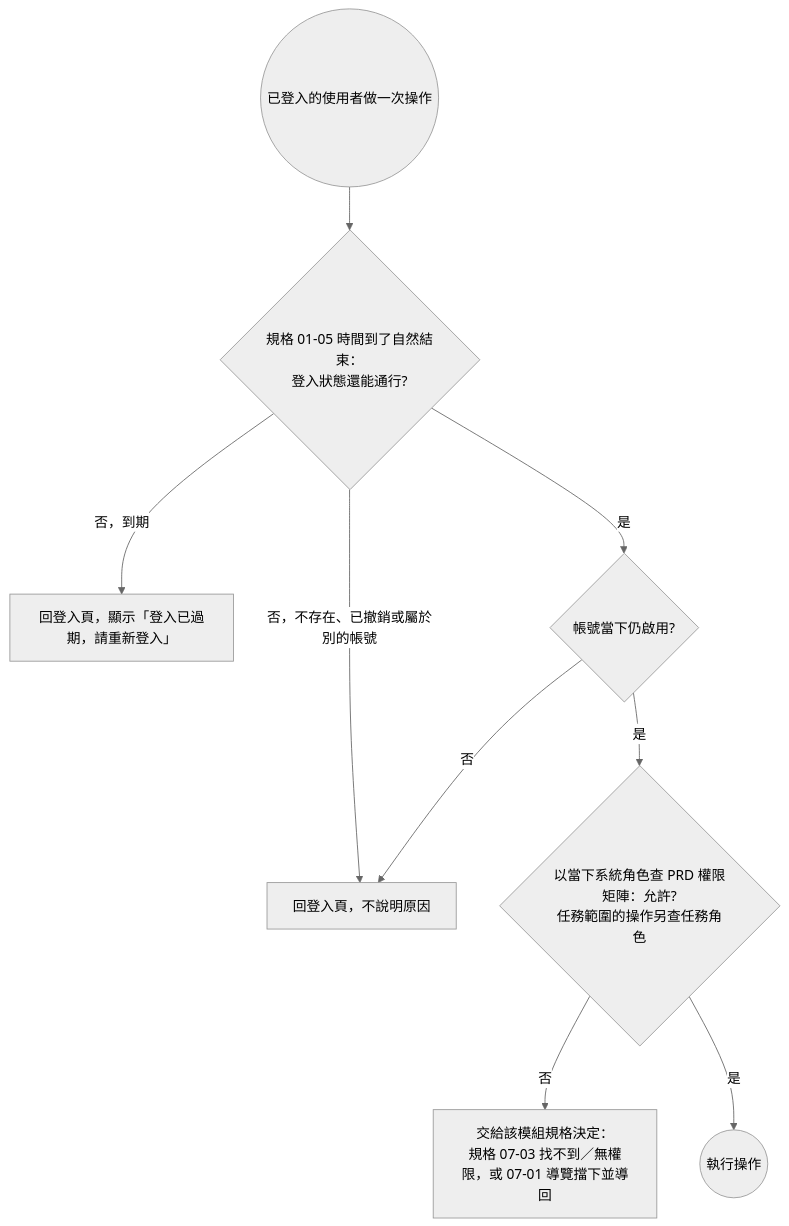
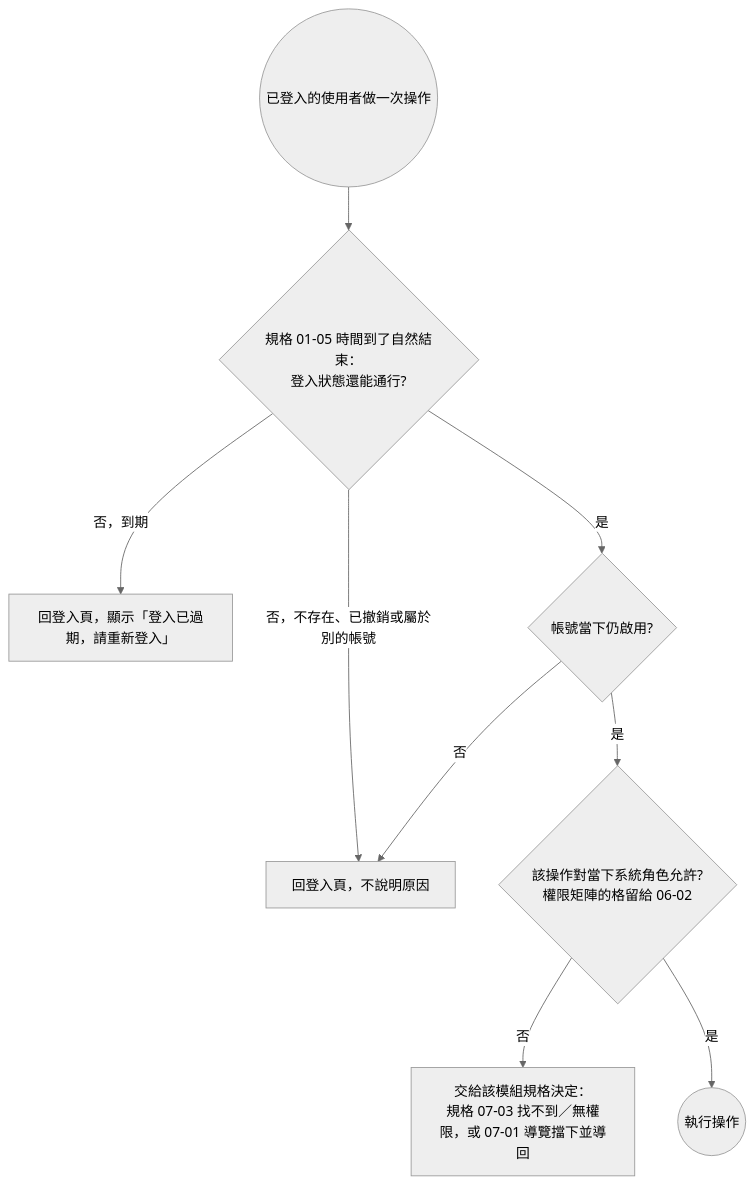
The second of 2 diagrams in openspec/changes/login-auth-guard/system-analysis.md (label-suite/label-suite), drawn with Mermaid (neutral theme) before and after one commit. The commit also changed other lines of this file and 9 other files, not shown here.

````diff
--- a/openspec/changes/login-auth-guard/system-analysis.md
+++ b/openspec/changes/login-auth-guard/system-analysis.md
@@ -143,11 +152,11 @@
 ```mermaid
 flowchart TD
   O((已登入的使用者做一次操作)) --> V{規格 01-05 時間到了自然結束：<br/>登入狀態還能通行?}
   V -- 否，到期 --> X1[回登入頁，顯示「登入已過期，請重新登入」]
   V -- 否，不存在、已撤銷或屬於別的帳號 --> X2[回登入頁，不說明原因]
   V -- 是 --> A{帳號當下仍啟用?}
   A -- 否 --> X2
-  A -- 是 --> P{以當下系統角色查 PRD 權限矩陣：允許?<br/>任務範圍的操作另查任務角色}
+  A -- 是 --> P{該操作對當下系統角色允許?<br/>權限矩陣的格留給 06-02}
   P -- 否 --> F[交給該模組規格決定：<br/>規格 07-03 找不到／無權限，或 07-01 導覽擋下並導回]
   P -- 是 --> OK((執行操作))
 ```
````
